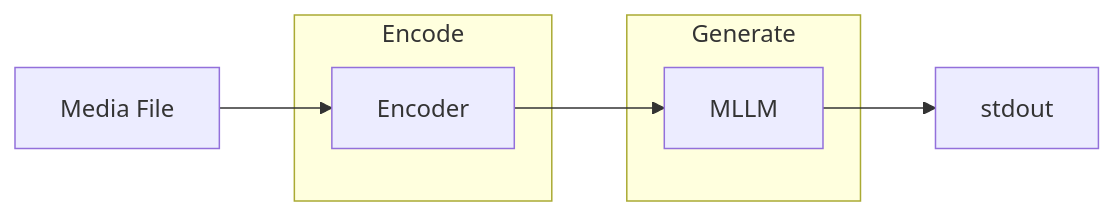
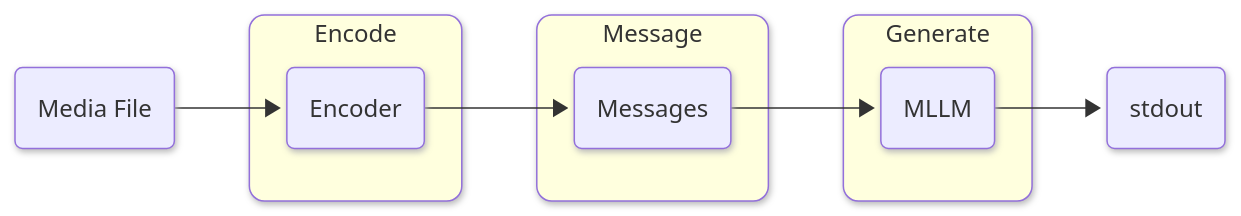
One commit to vlm-run/mm changed the diagram in docs/PIPELINES.md. Above: the diagram before and after it, drawn with Mermaid. The commit also changed 1 other file, not shown here.

Commit message:
Use a proper message block with subgroups (#146)

````diff
--- a/docs/PIPELINES.md
+++ b/docs/PIPELINES.md
@@ -6,16 +6,24 @@
 ```mermaid
+%%{init: {'look': 'neo'} }%%
 graph LR
-  file["Media File"]
+  file("Media File")
 
   subgraph encode ["Encode"]
-    encoder["Encoder"]
+    encoder("Encoder")
+  end
+
+  subgraph message ["Message"]
+    msg("Messages")
   end
 
   subgraph generate ["Generate"]
-    llm["MLLM"]
+    llm("MLLM")
   end
 
-  out["stdout"]
+  out("stdout")
 
-  file --> encoder --> llm --> out
+  file --> encoder --> msg --> llm --> out
+  style encode rx:10px,ry:10px
+  style message rx:10px,ry:10px
+  style generate rx:10px,ry:10px
 ```
````
